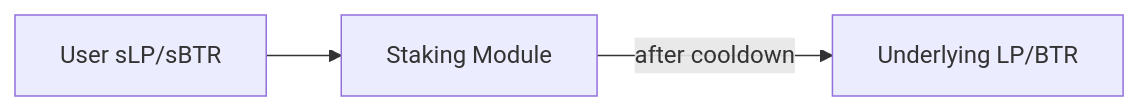
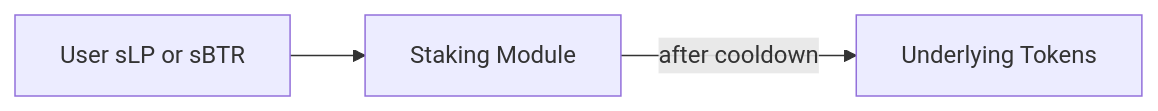
One commit to btr-protocol/dex changed the third of 3 diagrams in docs/2. Governance/2.4. Liquid Staking.md. Above: the diagram before and after it, drawn with Mermaid. The commit also changed other lines of this file and 27 other files, not shown here.

````diff
--- a/docs/2. Governance/2.4. Liquid Staking.md
+++ b/docs/2. Governance/2.4. Liquid Staking.md
@@ -157,5 +153,5 @@
 ```mermaid
 graph LR
-    User[User sLP/sBTR] --> Staking[Staking Module]
-    Staking --> |after cooldown| Underlying[Underlying LP/BTR]
+    User[User sLP or sBTR] --> Staking[Staking Module]
+    Staking -->|after cooldown| Underlying[Underlying Tokens]
 ```
````
